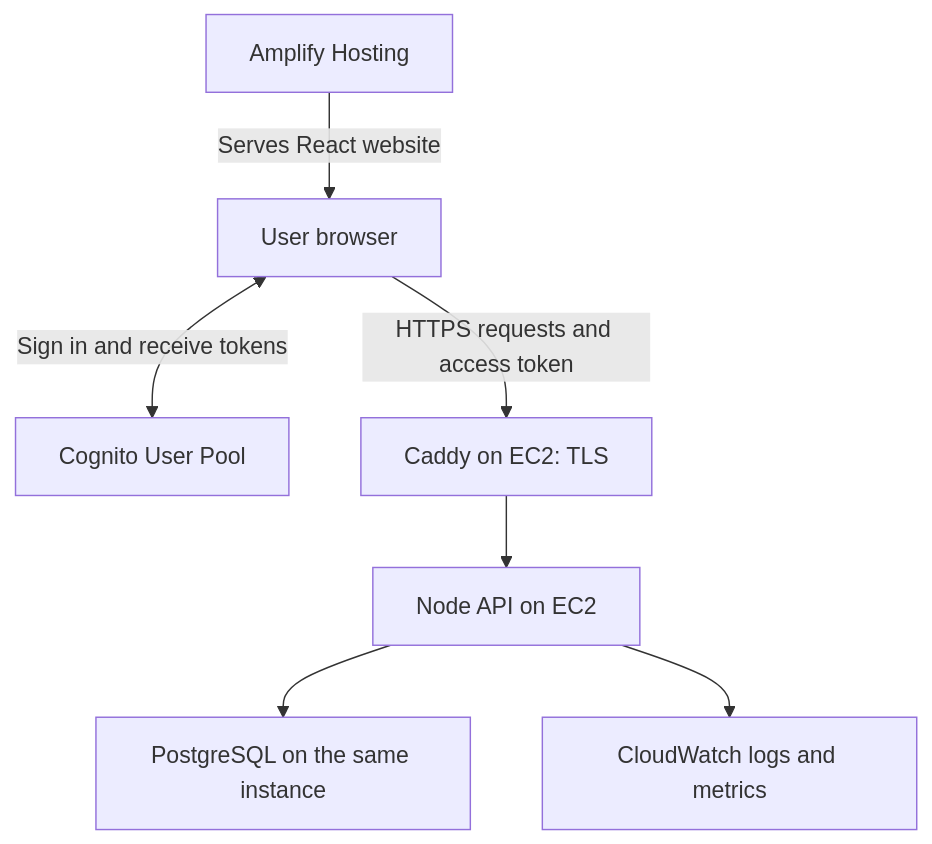
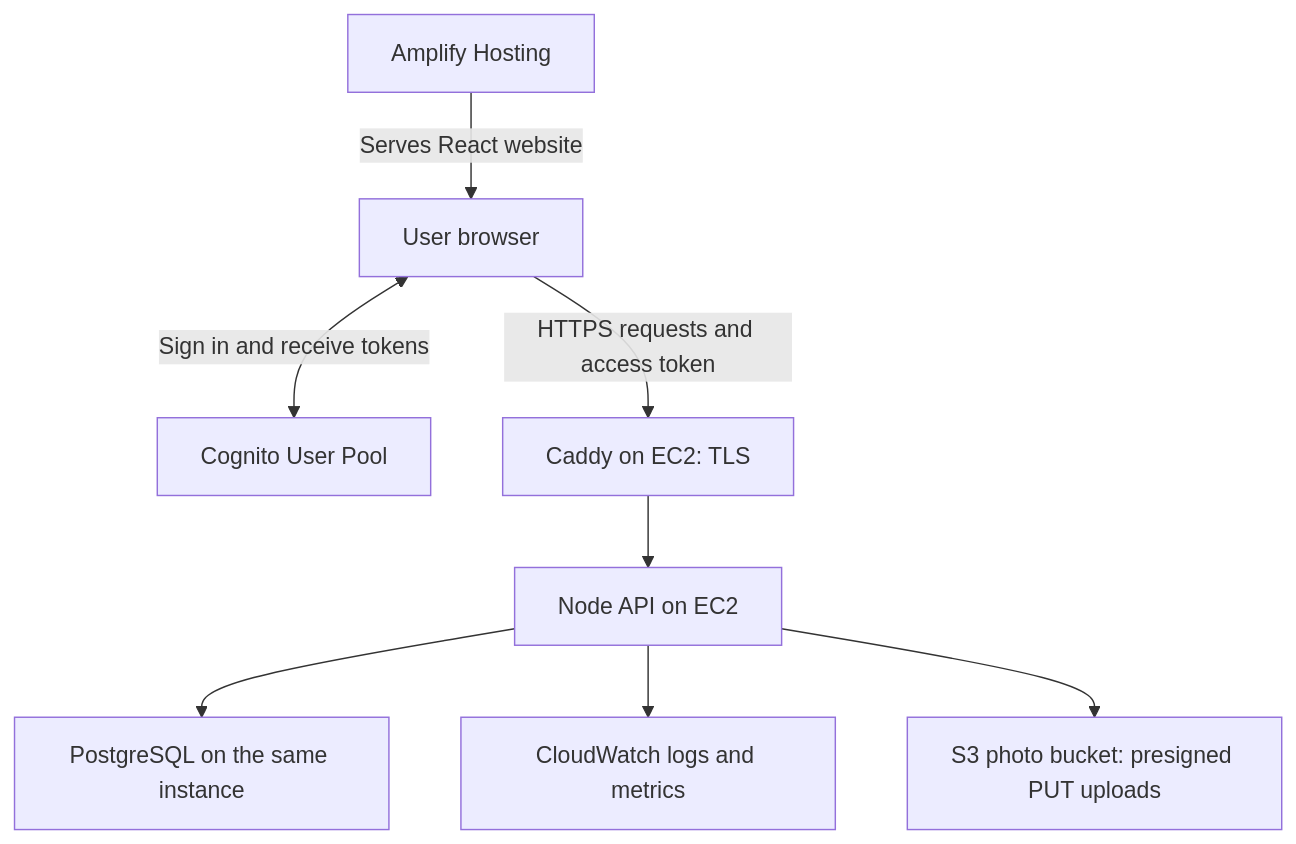
The diagram in docs/aws-services.md (IvanUrbano/trace), drawn with Mermaid before and after one commit. The commit also changed other lines of this file and 3 other files, not shown here.

````diff
--- a/docs/aws-services.md
+++ b/docs/aws-services.md
@@ -28,9 +28,10 @@
 ```mermaid
 flowchart TD
     Hosting[Amplify Hosting] -->|Serves React website| Browser[User browser]
     Browser <-->|Sign in and receive tokens| Cognito[Cognito User Pool]
     Browser -->|HTTPS requests and access token| Caddy[Caddy on EC2: TLS]
     Caddy --> API[Node API on EC2]
     API --> DB[PostgreSQL on the same instance]
     API --> Logs[CloudWatch logs and metrics]
+    API --> S3[S3 photo bucket: presigned PUT uploads]
 ```
````
